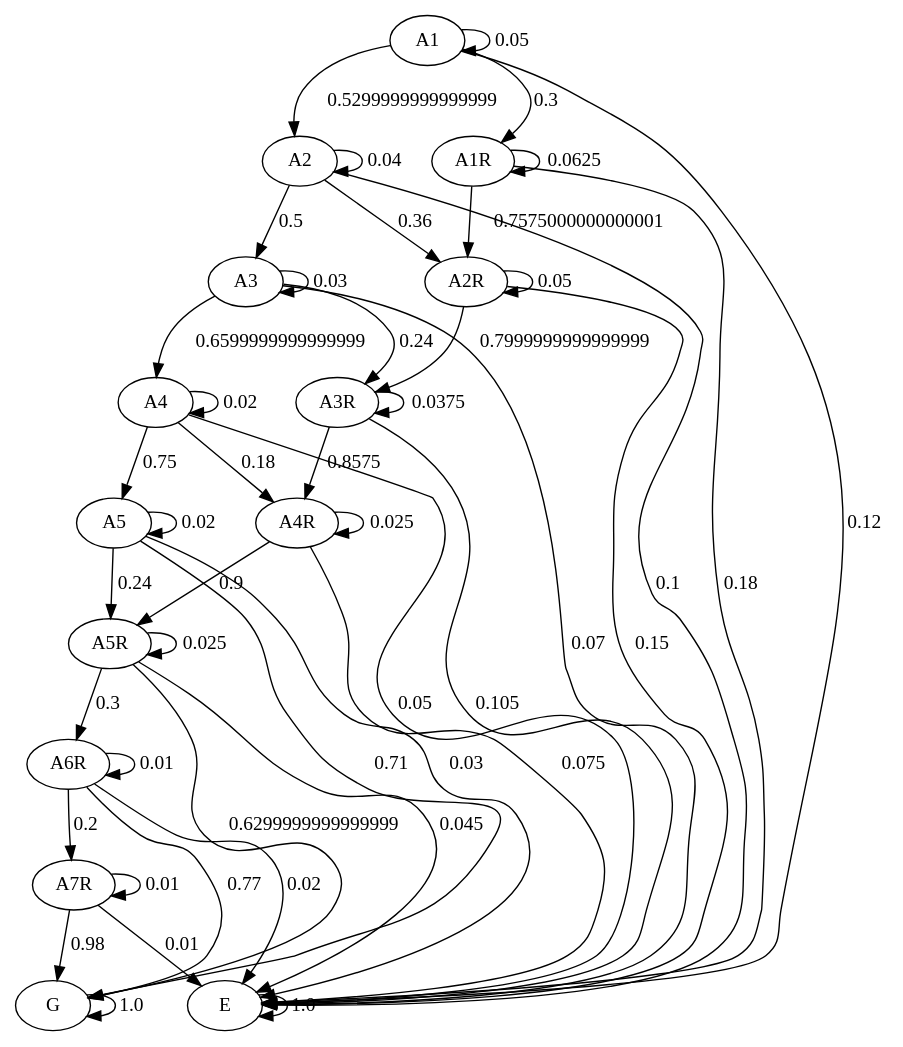
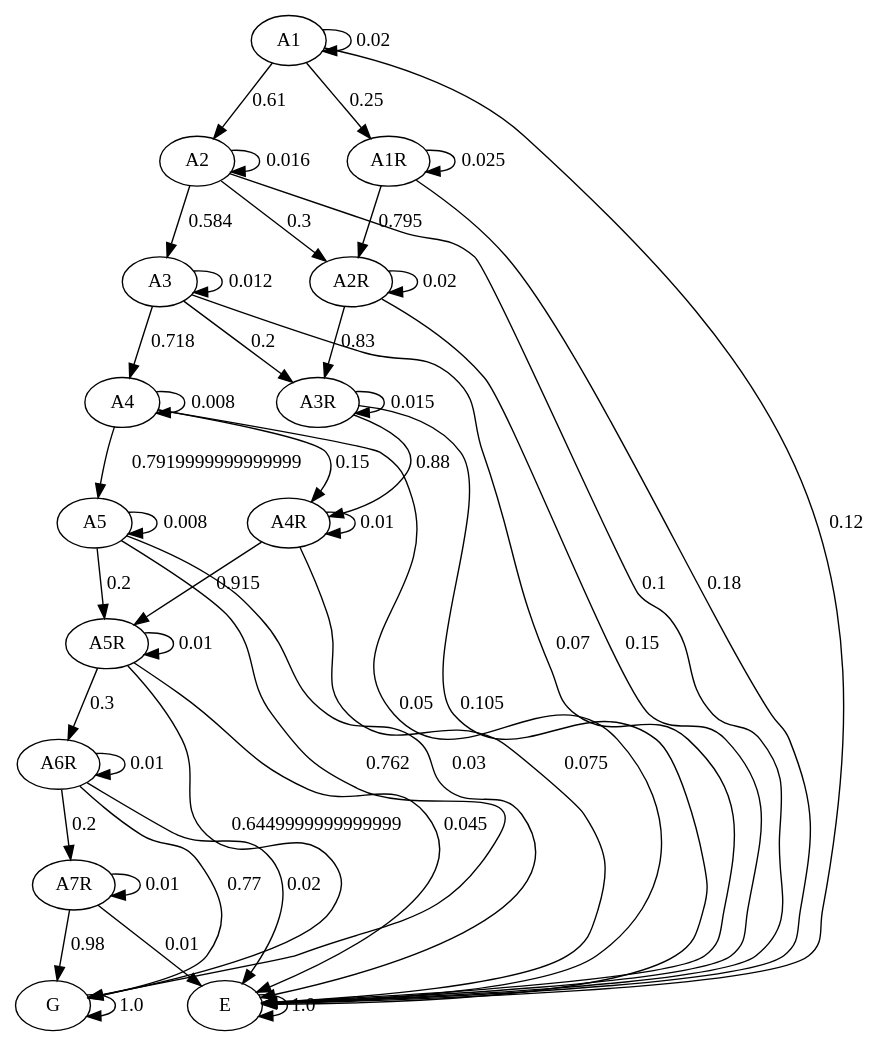
The diagram in graph/markov.dot (JulianaFerreira/educacao), drawn with Graphviz before and after one commit. The commit also changed 24 other files, not shown here.

```diff
--- a/graph/markov.dot
+++ b/graph/markov.dot
@@ -1,61 +1,61 @@
 digraph  {
 A1;
 A2;
 A3;
 A4;
 A5;
 A1R;
 A2R;
 A3R;
 A4R;
 A5R;
 A6R;
 A7R;
 G;
 E;
-A1 -> A1  [key=0, label="0.05", weight="0.05"];
-A1 -> A2  [key=0, label="0.5299999999999999", weight="0.5299999999999999"];
-A1 -> A1R  [key=0, label="0.3", weight="0.3"];
+A1 -> A1  [key=0, label="0.02", weight="0.02"];
+A1 -> A2  [key=0, label="0.61", weight="0.61"];
+A1 -> A1R  [key=0, label="0.25", weight="0.25"];
 A1 -> E  [key=0, label="0.12", weight="0.12"];
-A2 -> A2  [key=0, label="0.04", weight="0.04"];
-A2 -> A3  [key=0, label="0.5", weight="0.5"];
-A2 -> A2R  [key=0, label="0.36", weight="0.36"];
+A2 -> A2  [key=0, label="0.016", weight="0.016"];
+A2 -> A3  [key=0, label="0.584", weight="0.584"];
+A2 -> A2R  [key=0, label="0.3", weight="0.3"];
 A2 -> E  [key=0, label="0.1", weight="0.1"];
-A3 -> A3  [key=0, label="0.03", weight="0.03"];
-A3 -> A4  [key=0, label="0.6599999999999999", weight="0.6599999999999999"];
-A3 -> A3R  [key=0, label="0.24", weight="0.24"];
+A3 -> A3  [key=0, label="0.012", weight="0.012"];
+A3 -> A4  [key=0, label="0.718", weight="0.718"];
+A3 -> A3R  [key=0, label="0.2", weight="0.2"];
 A3 -> E  [key=0, label="0.07", weight="0.07"];
-A4 -> A4  [key=0, label="0.02", weight="0.02"];
-A4 -> A5  [key=0, label="0.75", weight="0.75"];
-A4 -> A4R  [key=0, label="0.18", weight="0.18"];
+A4 -> A4  [key=0, label="0.008", weight="0.008"];
+A4 -> A5  [key=0, label="0.7919999999999999", weight="0.7919999999999999"];
+A4 -> A4R  [key=0, label="0.15", weight="0.15"];
 A4 -> E  [key=0, label="0.05", weight="0.05"];
-A5 -> A5  [key=0, label="0.02", weight="0.02"];
-A5 -> A5R  [key=0, label="0.24", weight="0.24"];
-A5 -> G  [key=0, label="0.71", weight="0.71"];
+A5 -> A5  [key=0, label="0.008", weight="0.008"];
+A5 -> A5R  [key=0, label="0.2", weight="0.2"];
+A5 -> G  [key=0, label="0.762", weight="0.762"];
 A5 -> E  [key=0, label="0.03", weight="0.03"];
-A1R -> A1R  [key=0, label="0.0625", weight="0.0625"];
-A1R -> A2R  [key=0, label="0.7575000000000001", weight="0.7575000000000001"];
+A1R -> A1R  [key=0, label="0.025", weight="0.025"];
+A1R -> A2R  [key=0, label="0.795", weight="0.795"];
 A1R -> E  [key=0, label="0.18", weight="0.18"];
-A2R -> A2R  [key=0, label="0.05", weight="0.05"];
-A2R -> A3R  [key=0, label="0.7999999999999999", weight="0.7999999999999999"];
+A2R -> A2R  [key=0, label="0.02", weight="0.02"];
+A2R -> A3R  [key=0, label="0.83", weight="0.83"];
 A2R -> E  [key=0, label="0.15", weight="0.15"];
-A3R -> A3R  [key=0, label="0.0375", weight="0.0375"];
-A3R -> A4R  [key=0, label="0.8575", weight="0.8575"];
+A3R -> A3R  [key=0, label="0.015", weight="0.015"];
+A3R -> A4R  [key=0, label="0.88", weight="0.88"];
 A3R -> E  [key=0, label="0.105", weight="0.105"];
-A4R -> A4R  [key=0, label="0.025", weight="0.025"];
-A4R -> A5R  [key=0, label="0.9", weight="0.9"];
+A4R -> A4R  [key=0, label="0.01", weight="0.01"];
+A4R -> A5R  [key=0, label="0.915", weight="0.915"];
 A4R -> E  [key=0, label="0.075", weight="0.075"];
-A5R -> A5R  [key=0, label="0.025", weight="0.025"];
+A5R -> A5R  [key=0, label="0.01", weight="0.01"];
 A5R -> A6R  [key=0, label="0.3", weight="0.3"];
-A5R -> G  [key=0, label="0.6299999999999999", weight="0.6299999999999999"];
+A5R -> G  [key=0, label="0.6449999999999999", weight="0.6449999999999999"];
 A5R -> E  [key=0, label="0.045", weight="0.045"];
 A6R -> A6R  [key=0, label="0.01", weight="0.01"];
 A6R -> A7R  [key=0, label="0.2", weight="0.2"];
 A6R -> G  [key=0, label="0.77", weight="0.77"];
 A6R -> E  [key=0, label="0.02", weight="0.02"];
 A7R -> A7R  [key=0, label="0.01", weight="0.01"];
 A7R -> G  [key=0, label="0.98", weight="0.98"];
 A7R -> E  [key=0, label="0.01", weight="0.01"];
 G -> G  [key=0, label="1.0", weight="1.0"];
 E -> E  [key=0, label="1.0", weight="1.0"];
 }
```
